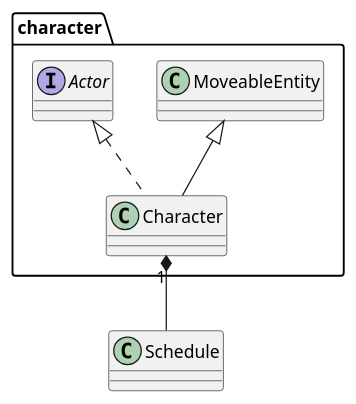
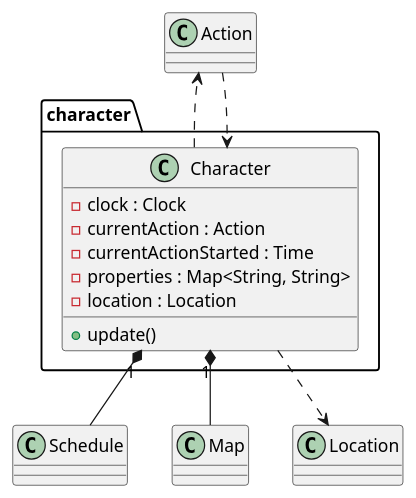
Before and after one commit to gergelyszaz/SandboxVN: the diagram in design/class/character.puml, drawn with PlantUML. The commit also changed 9 other files, not shown here.

Commit message:
Update UML

```diff
--- a/design/class/character.puml
+++ b/design/class/character.puml
@@ -1,13 +1,23 @@
-@startuml
+@startuml character
 
 
 package character{
-class Character extends MoveableEntity implements Actor{
-
-}
+    class Character{
+        -clock : Clock
+        -currentAction : Action
+        -currentActionStarted : Time
+        -properties : Map<String, String>
+        -location : Location
+        +update()
+    }
 
 }
 
 Character "1" *-- Schedule
+Character "1" *-- Map
+
+Action ..> Character
+Character ..> Action
+Character ..> Location
 
 @enduml
```
